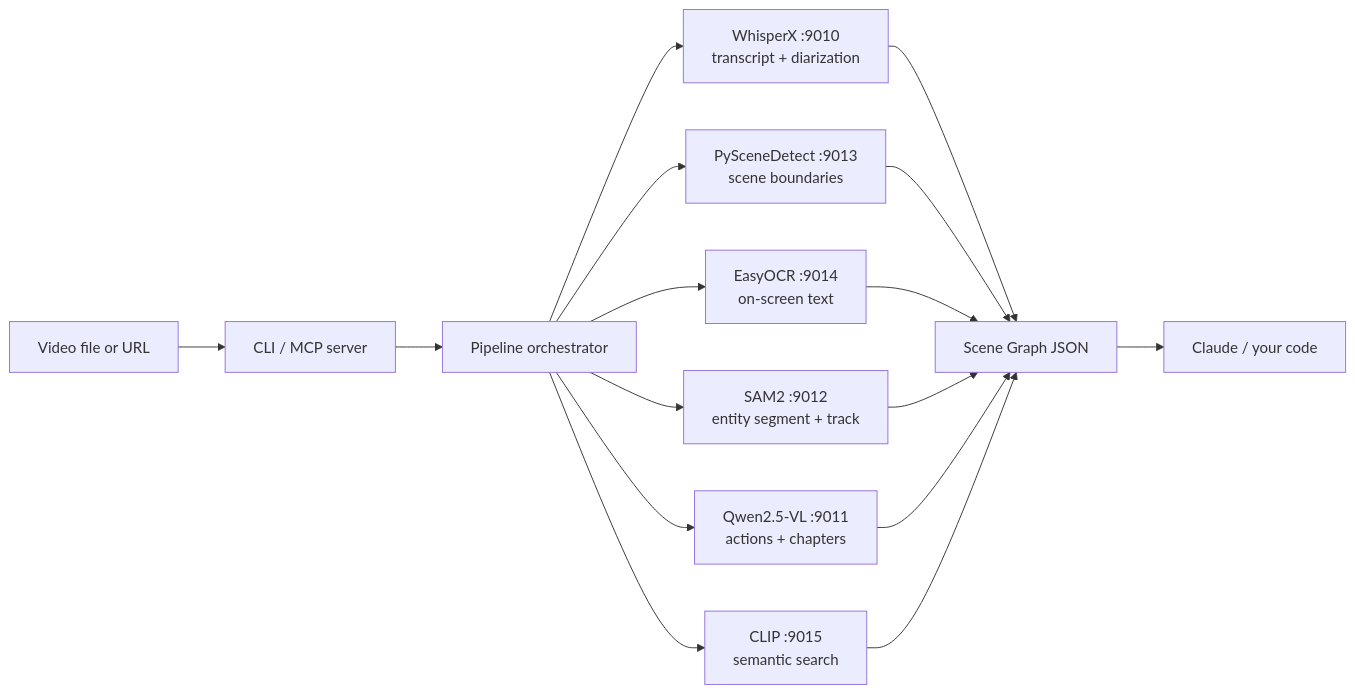
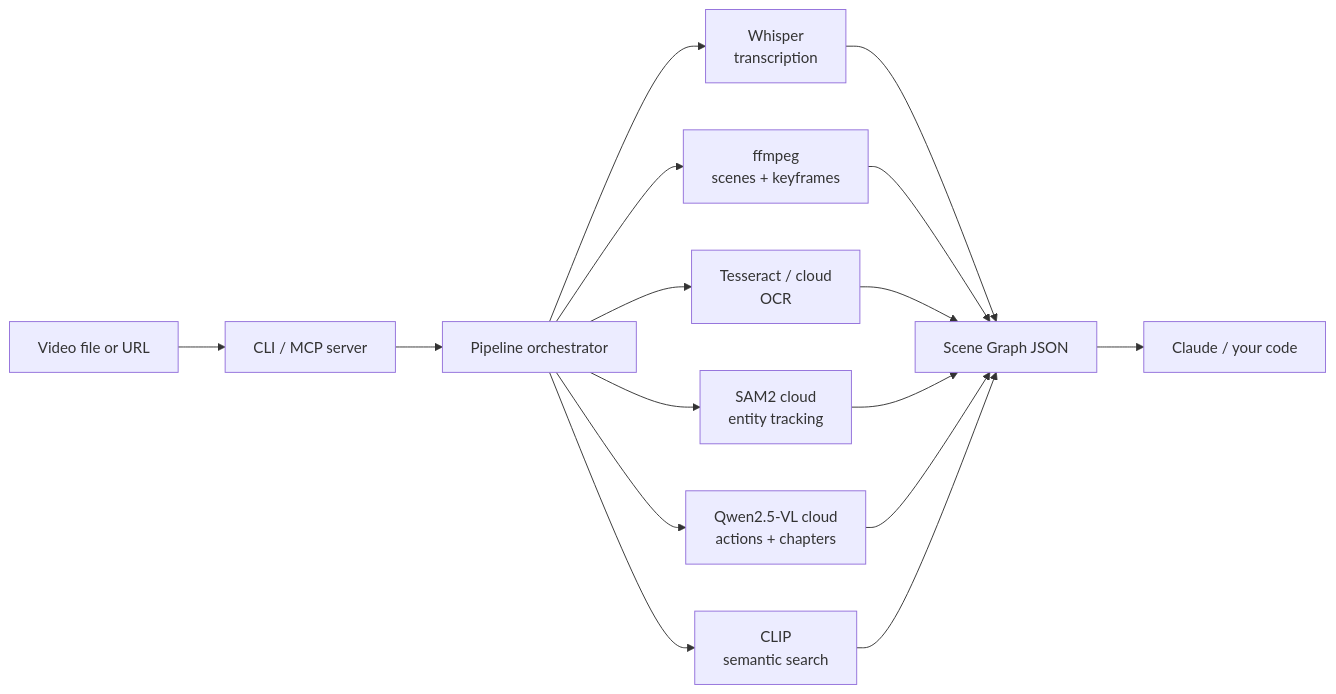
Before and after one commit to vonzelle-vzt/vzt-video-intel: the diagram in README.md, drawn with Mermaid. The commit also changed other lines of this file and 36 other files, not shown here.

````diff
--- a/README.md
+++ b/README.md
@@ -213,21 +191,18 @@
 ```mermaid
 flowchart LR
     A[Video file or URL] --> B[CLI / MCP server]
     B --> C[Pipeline orchestrator]
-
-    C --> D[WhisperX :9010<br/>transcript + diarization]
-    C --> E[PySceneDetect :9013<br/>scene boundaries]
-    C --> F[EasyOCR :9014<br/>on-screen text]
-    C --> G[SAM2 :9012<br/>entity segment + track]
-    C --> H[Qwen2.5-VL :9011<br/>actions + chapters]
-    C --> I[CLIP :9015<br/>semantic search]
-
+    C --> D[Whisper<br/>transcription]
+    C --> E[ffmpeg<br/>scenes + keyframes]
+    C --> F[Tesseract / cloud<br/>OCR]
+    C --> G[SAM2 cloud<br/>entity tracking]
+    C --> H[Qwen2.5-VL cloud<br/>actions + chapters]
+    C --> I[CLIP<br/>semantic search]
     D --> J[Scene Graph JSON]
     E --> J
     F --> J
     G --> J
     H --> J
     I --> J
-
     J --> K[Claude / your code]
 ```
````
